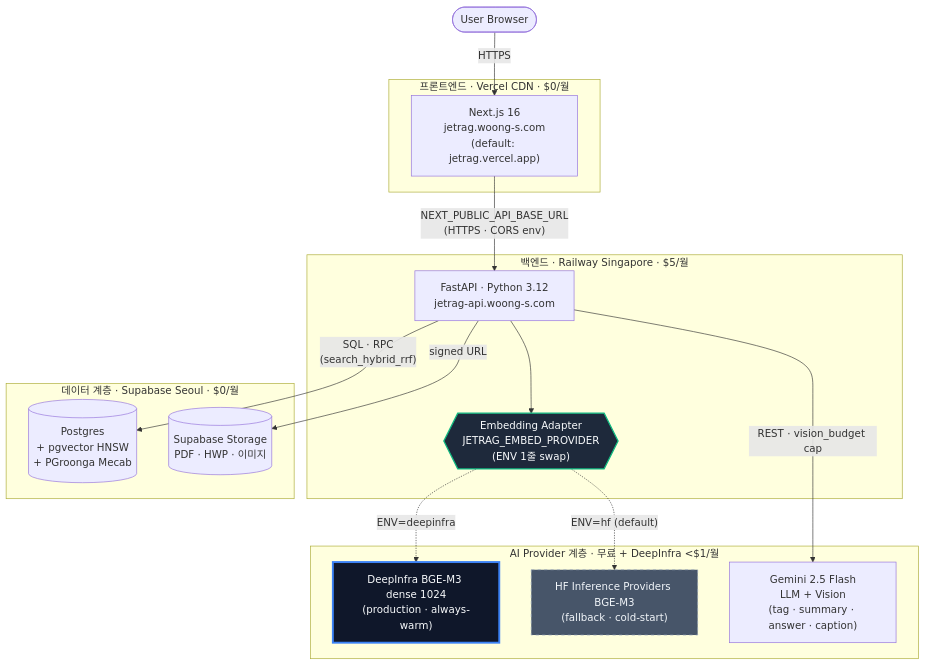
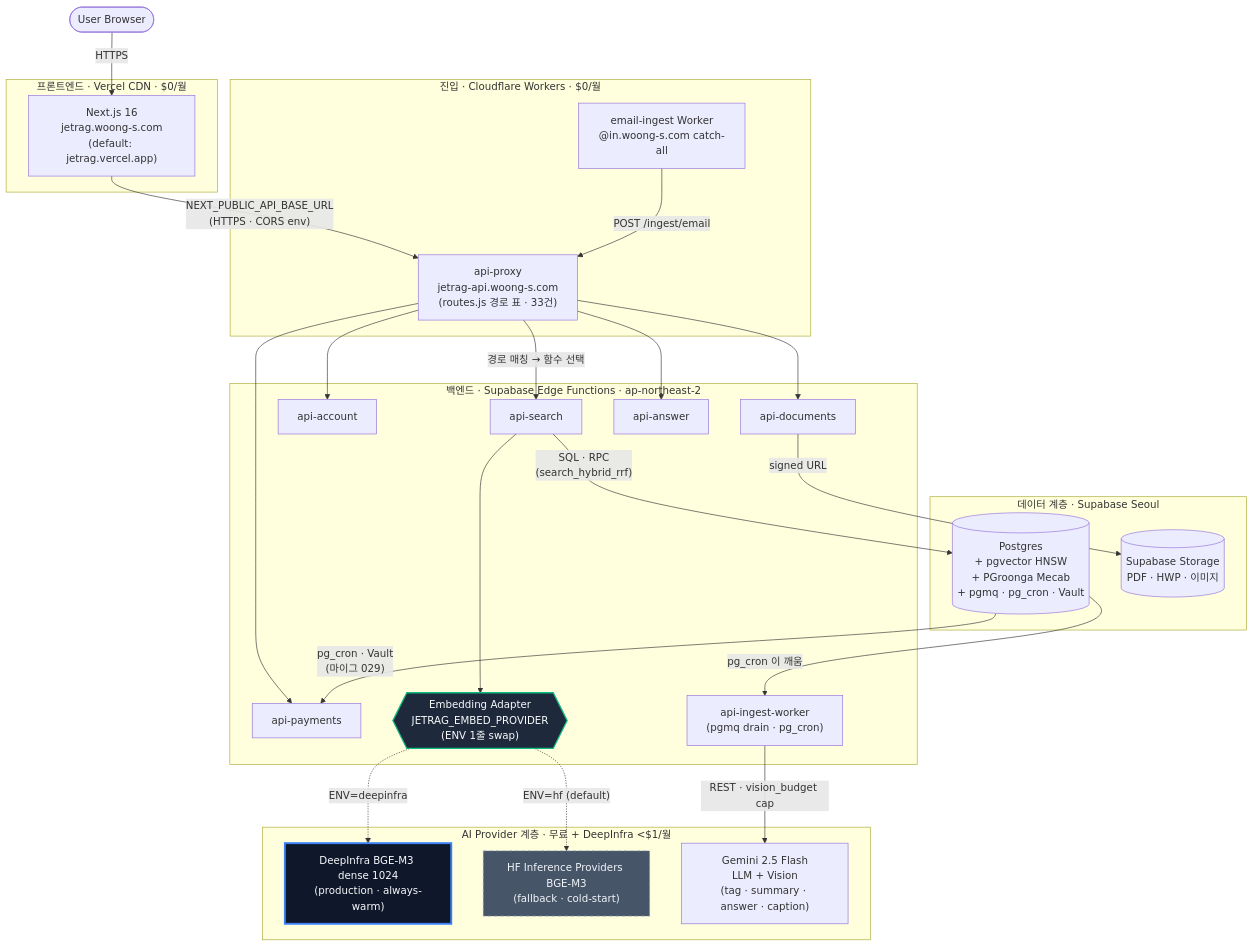
Before and after one commit to woongminKi/Jet-Rag: the first of 4 diagrams in README.md, drawn with Mermaid. The commit also changed other lines of this file and 3 other files, not shown here.

First line of the commit message:
docs: README·.env.example 을 Edge 구조로 갱신 — 틀린 운영 안내 제거

````diff
--- a/README.md
+++ b/README.md
@@ -78,40 +86,58 @@
 ```mermaid
 flowchart TB
     User([User Browser])
 
     subgraph Frontend ["프론트엔드 · Vercel CDN · $0/월"]
         Vercel["Next.js 16<br/>jetrag.woong-s.com<br/>(default: jetrag.vercel.app)"]
     end
 
-    subgraph Backend ["백엔드 · Railway Singapore · $5/월"]
-        FastAPI["FastAPI · Python 3.12<br/>jetrag-api.woong-s.com"]
+    subgraph EdgeNet ["진입 · Cloudflare Workers · $0/월"]
+        Proxy["api-proxy<br/>jetrag-api.woong-s.com<br/>(routes.js 경로 표 · 33건)"]
+        EmailW["email-ingest Worker<br/>@in.woong-s.com catch-all"]
+    end
+
+    subgraph Backend ["백엔드 · Supabase Edge Functions · ap-northeast-2"]
+        FnSearch["api-search"]
+        FnAccount["api-account"]
+        FnDocs["api-documents"]
+        FnAnswer["api-answer"]
+        FnPay["api-payments"]
+        FnWorker["api-ingest-worker<br/>(pgmq drain · pg_cron)"]
         Adapter{{"Embedding Adapter<br/>JETRAG_EMBED_PROVIDER<br/>(ENV 1줄 swap)"}}
     end
 
-    subgraph DataLayer ["데이터 계층 · Supabase Seoul · $0/월"]
-        DB[("Postgres<br/>+ pgvector HNSW<br/>+ PGroonga Mecab")]
+    subgraph DataLayer ["데이터 계층 · Supabase Seoul"]
+        DB[("Postgres<br/>+ pgvector HNSW<br/>+ PGroonga Mecab<br/>+ pgmq · pg_cron · Vault")]
         Storage[("Supabase Storage<br/>PDF · HWP · 이미지")]
     end
 
     subgraph AILayer ["AI Provider 계층 · 무료 + DeepInfra <$1/월"]
         DeepInfra["DeepInfra BGE-M3 dense 1024<br/>(production · always-warm)"]
         HF["HF Inference Providers BGE-M3<br/>(fallback · cold-start)"]
         Gemini["Gemini 2.5 Flash<br/>LLM + Vision<br/>(tag · summary · answer · caption)"]
     end
 
     User -->|HTTPS| Vercel
-    Vercel -->|"NEXT_PUBLIC_API_BASE_URL<br/>(HTTPS · CORS env)"| FastAPI
-    FastAPI -->|"SQL · RPC<br/>(search_hybrid_rrf)"| DB
-    FastAPI -->|"signed URL"| Storage
-    FastAPI --> Adapter
+    Vercel -->|"NEXT_PUBLIC_API_BASE_URL<br/>(HTTPS · CORS env)"| Proxy
+    EmailW -->|"POST /ingest/email"| Proxy
+    Proxy -->|"경로 매칭 → 함수 선택"| FnSearch
+    Proxy --> FnAccount
+    Proxy --> FnDocs
+    Proxy --> FnAnswer
+    Proxy --> FnPay
+    DB -->|"pg_cron 이 깨움"| FnWorker
+    DB -->|"pg_cron · Vault<br/>(마이그 029)"| FnPay
+    FnSearch -->|"SQL · RPC<br/>(search_hybrid_rrf)"| DB
+    FnDocs -->|"signed URL"| Storage
+    FnSearch --> Adapter
     Adapter -.->|"ENV=deepinfra"| DeepInfra
     Adapter -.->|"ENV=hf (default)"| HF
-    FastAPI -->|"REST · vision_budget cap"| Gemini
+    FnWorker -->|"REST · vision_budget cap"| Gemini
 
     classDef prod fill:#0f172a,stroke:#3b82f6,stroke-width:3px,color:#f8fafc
     classDef fallback fill:#475569,stroke:#94a3b8,stroke-dasharray:5 5,color:#f1f5f9
     classDef boundary fill:#1e293b,stroke:#10b981,stroke-width:2px,color:#f8fafc
     class DeepInfra prod
     class HF fallback
     class Adapter boundary
 ```
````
